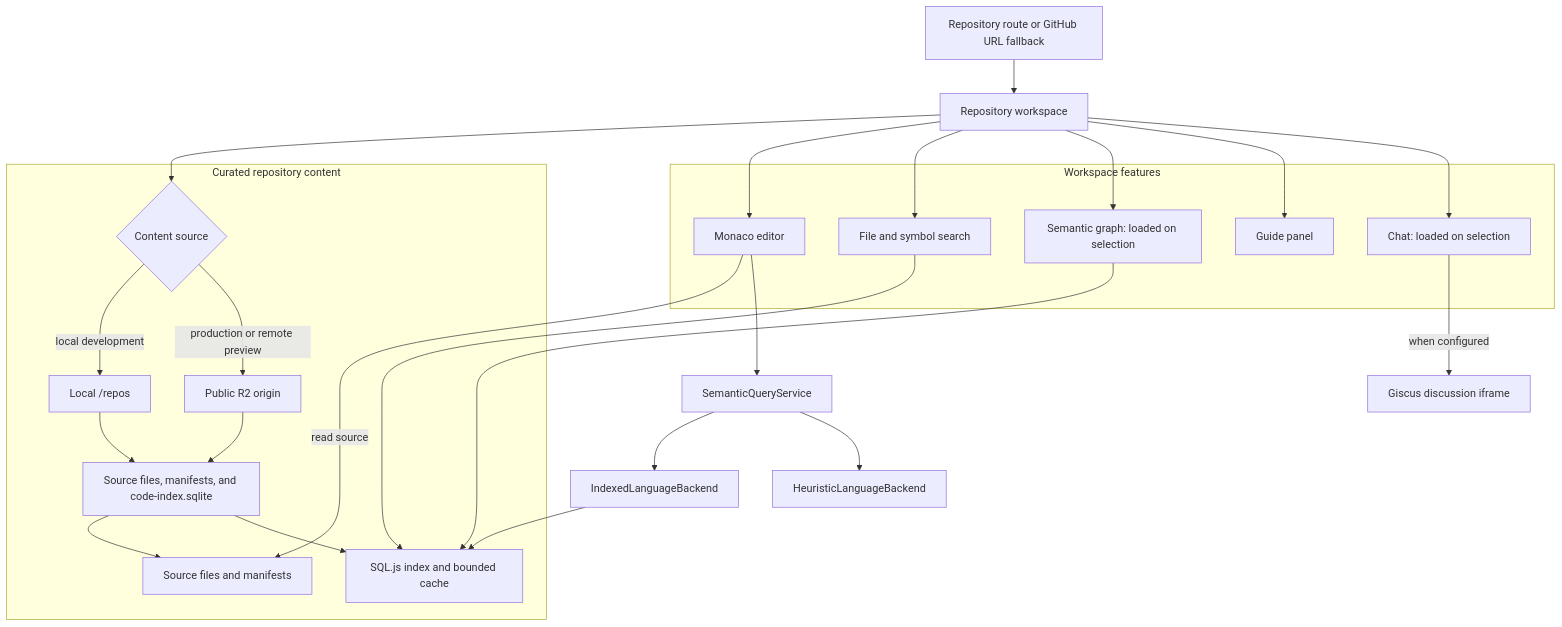
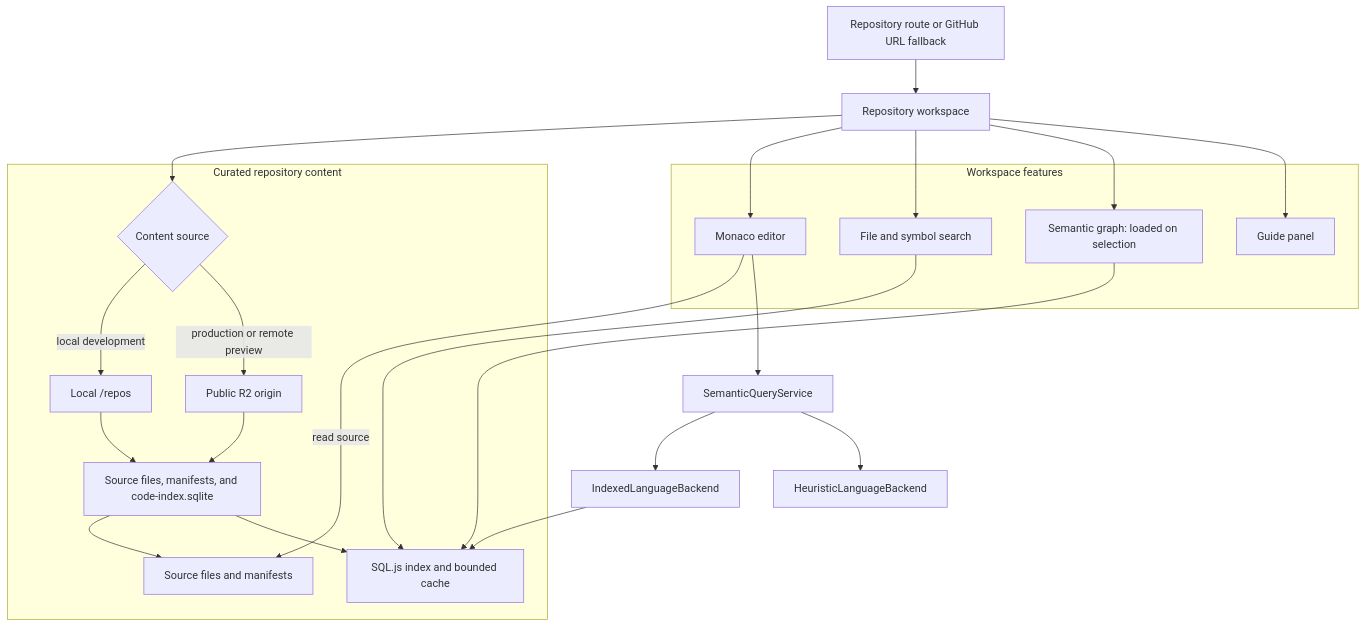
One commit to zqf20096327/ai_collect changed the second of 3 diagrams in data/readmes/pkill37__gitshaman.com.md. Above: the diagram before and after it, drawn with Mermaid. The commit also changed other lines of this file and 1613 other files, not shown here.

````diff
--- a/data/readmes/pkill37__gitshaman.com.md
+++ b/data/readmes/pkill37__gitshaman.com.md
@@ -275,36 +271,33 @@
 ```mermaid
 flowchart TB
   Route["Repository route or GitHub URL fallback"] --> Workspace["Repository workspace"]
 
   subgraph Content["Curated repository content"]
     Source{"Content source"}
     Source -->|local development| Local["Local /repos"]
     Source -->|production or remote preview| R2["Public R2 origin"]
     Local --> Artifacts["Source files, manifests, and code-index.sqlite"]
     R2 --> Artifacts
     Artifacts --> Files["Source files and manifests"]
     Artifacts --> SQLJS["SQL.js index and bounded cache"]
   end
   Workspace --> Source
 
   subgraph Features["Workspace features"]
     Editor["Monaco editor"]
     Search["File and symbol search"]
     Graph["Semantic graph: loaded on selection"]
     Guide["Guide panel"]
-    Chat["Chat: loaded on selection"]
   end
   Workspace --> Editor
   Workspace --> Search
   Workspace --> Graph
   Workspace --> Guide
-  Workspace --> Chat
   Editor -->|read source| Files
   Editor --> Service["SemanticQueryService"]
   Service --> Indexed["IndexedLanguageBackend"]
   Service --> Heuristic["HeuristicLanguageBackend"]
   Indexed --> SQLJS
   Search --> SQLJS
   Graph --> SQLJS
-  Chat -->|when configured| Giscus["Giscus discussion iframe"]
 ```
````
